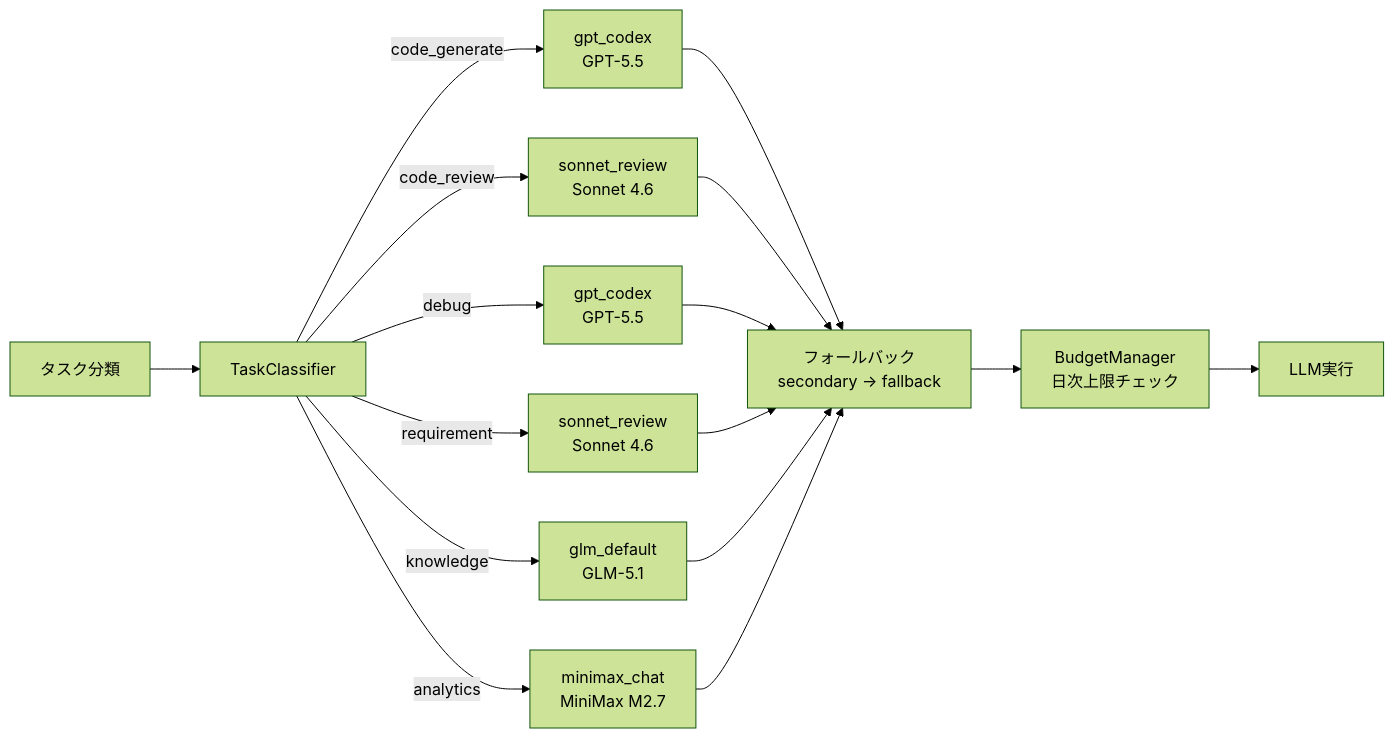
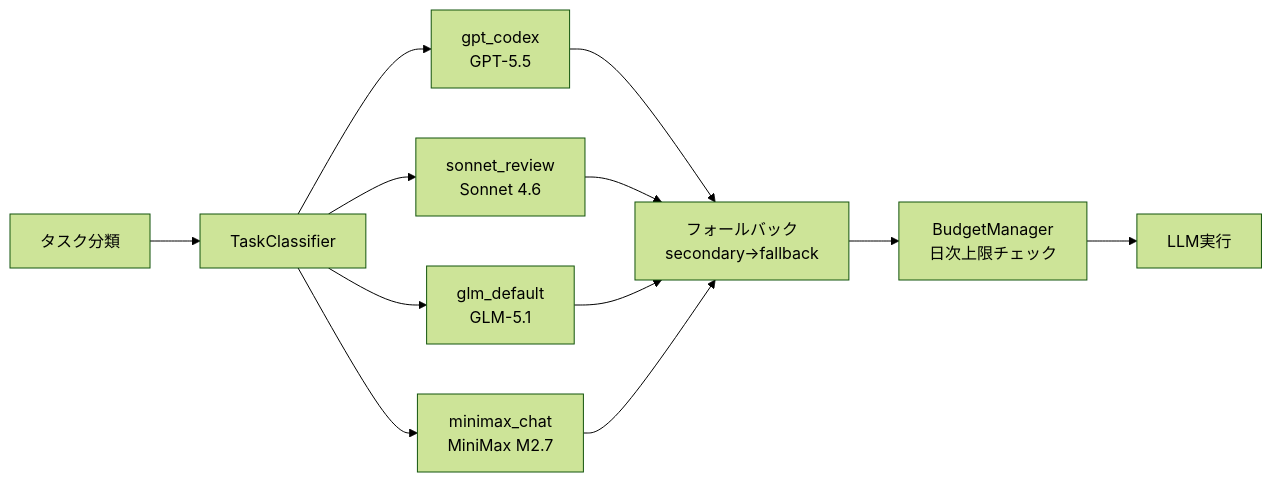
The third of 5 diagrams in articles/nexuscore-multi-agent-architecture.md (fukukei23/zenn), drawn with Mermaid (forest theme) before and after one commit. The commit also changed other lines of this file, not shown here.

Commit message:
fix: mermaid rendering - remove & chains over 10, quoted subgraph names, pipe labels, special chars

````diff
--- a/articles/nexuscore-multi-agent-architecture.md
+++ b/articles/nexuscore-multi-agent-architecture.md
@@ -202,20 +224,16 @@
 ```mermaid
 graph LR
     Task["タスク分類"] --> Classifier["TaskClassifier"]
-    Classifier --> |"code_generate"| Profile1["gpt_codex<br/>GPT-5.5"]
-    Classifier --> |"code_review"| Profile2["sonnet_review<br/>Sonnet 4.6"]
-    Classifier --> |"debug"| Profile3["gpt_codex<br/>GPT-5.5"]
-    Classifier --> |"requirement"| Profile4["sonnet_review<br/>Sonnet 4.6"]
-    Classifier --> |"knowledge"| Profile5["glm_default<br/>GLM-5.1"]
-    Classifier --> |"analytics"| Profile6["minimax_chat<br/>MiniMax M2.7"]
+    Classifier --> Profile1["gpt_codex<br/>GPT-5.5"]
+    Classifier --> Profile2["sonnet_review<br/>Sonnet 4.6"]
+    Classifier --> Profile3["glm_default<br/>GLM-5.1"]
+    Classifier --> Profile4["minimax_chat<br/>MiniMax M2.7"]
 
-    Profile1 --> Fallback["フォールバック<br/>secondary → fallback"]
+    Profile1 --> Fallback["フォールバック<br/>secondary→fallback"]
     Profile2 --> Fallback
     Profile3 --> Fallback
     Profile4 --> Fallback
-    Profile5 --> Fallback
-    Profile6 --> Fallback
 
     Fallback --> Budget["BudgetManager<br/>日次上限チェック"]
     Budget --> Execute["LLM実行"]
 ```
````
